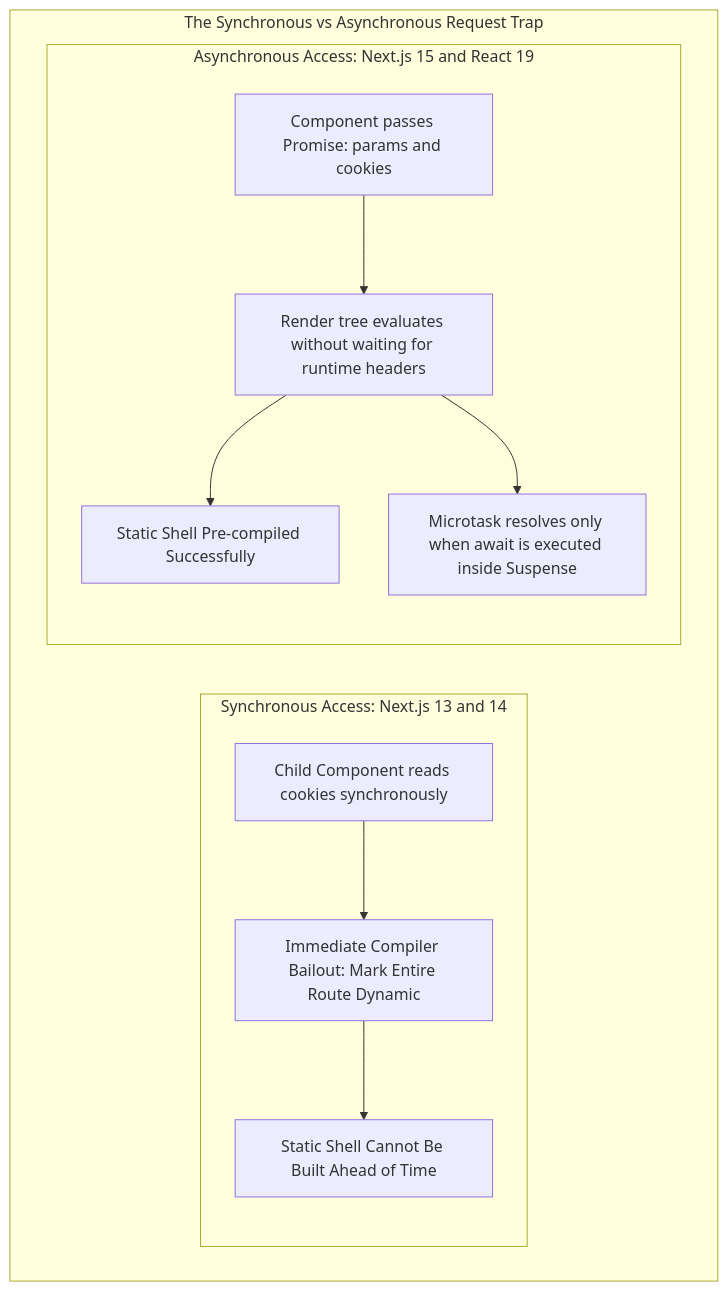
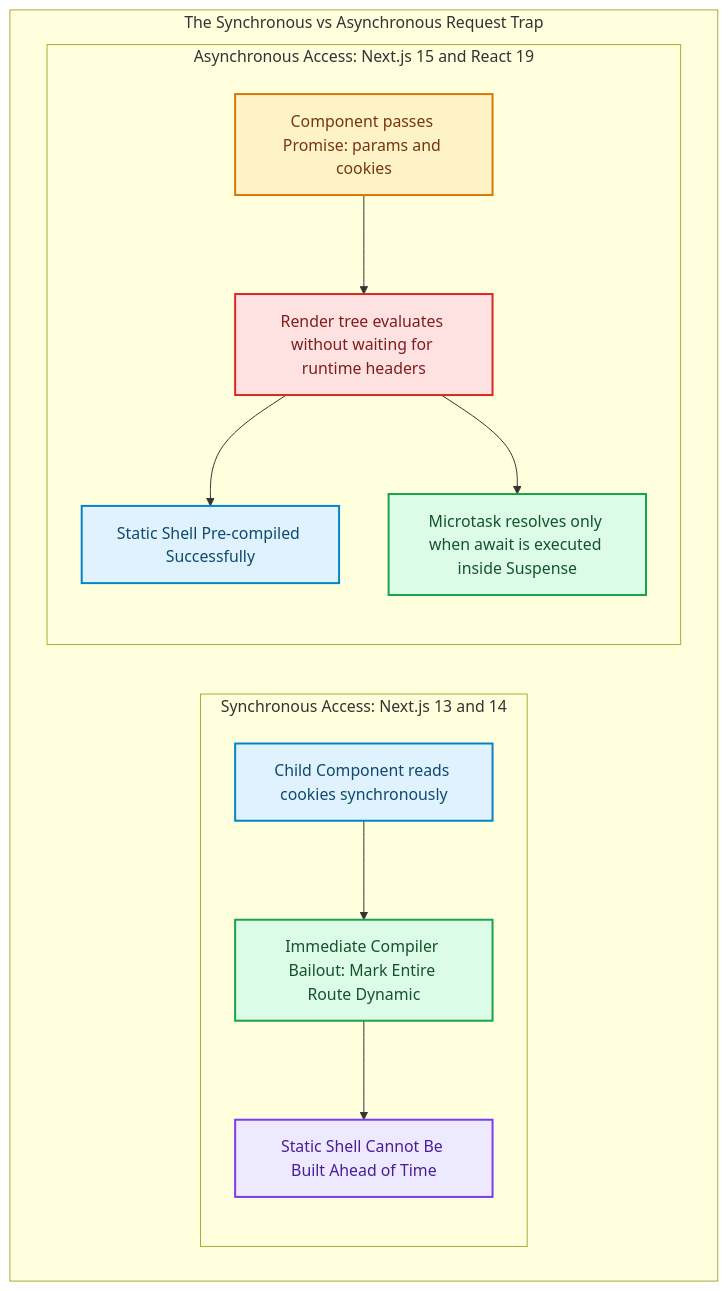
Before and after one commit to akmalkhaniub/akmalkhaniub.github.io: the diagram in blog/posts/async-request-apis-nextjs-15-cookies-headers-params-concurrency.md, drawn with Mermaid. The commit also changed other lines of this file and 1291 other files, not shown here.

First line of the commit message:
feat(catalog): unique covers, scholarly references, and diagram palettes

````diff
--- a/blog/posts/async-request-apis-nextjs-15-cookies-headers-params-concurrency.md
+++ b/blog/posts/async-request-apis-nextjs-15-cookies-headers-params-concurrency.md
@@ -31,15 +31,26 @@
 ```mermaid
 flowchart TD
   subgraph RequestTrap ["The Synchronous vs Asynchronous Request Trap"]
     subgraph SyncAccess ["Synchronous Access: Next.js 13 and 14"]
       Component1["Child Component reads cookies synchronously"] --> GlobalBailout["Immediate Compiler Bailout: Mark Entire Route Dynamic"]
       GlobalBailout --> NullifyPrerender["Static Shell Cannot Be Built Ahead of Time"]
     end
 
     subgraph AsyncAccess ["Asynchronous Access: Next.js 15 and React 19"]
       Component2["Component passes Promise: params and cookies"] --> DeferredRead["Render tree evaluates without waiting for runtime headers"]
       DeferredRead --> BuildStaticShell["Static Shell Pre-compiled Successfully"]
       DeferredRead --> MicrotaskAwait["Microtask resolves only when await is executed inside Suspense"]
     end
   end
+
+classDef green fill:#dcfce7,stroke:#16a34a,stroke-width:2px,color:#14532d;
+classDef red fill:#fee2e2,stroke:#dc2626,stroke-width:2px,color:#7f1d1d;
+classDef blue fill:#e0f2fe,stroke:#0284c7,stroke-width:2px,color:#0c4a6e;
+classDef yellow fill:#fef3c7,stroke:#d97706,stroke-width:2px,color:#78350f;
+classDef purple fill:#ede9fe,stroke:#7c3aed,stroke-width:2px,color:#4c1d95;
+class Component1,BuildStaticShell blue
+class GlobalBailout,MicrotaskAwait green
+class NullifyPrerender purple
+class Component2 yellow
+class DeferredRead red
 ```
````
